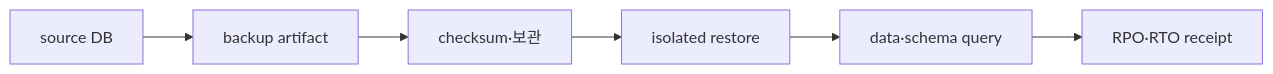
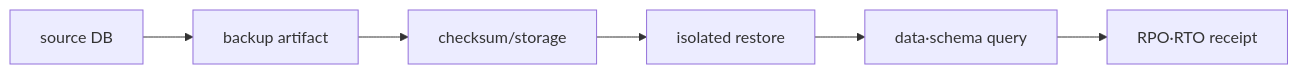
Before and after one commit to nohdol97/nohdol-study: the diagram in docs-site/content/postgresql/02-lock-backup-restore-lab.md, drawn with Mermaid. The commit also changed other lines of this file and 116 other files, not shown here.

````diff
--- a/docs-site/content/postgresql/02-lock-backup-restore-lab.md
+++ b/docs-site/content/postgresql/02-lock-backup-restore-lab.md
@@ -74,8 +74,8 @@
 ```mermaid
 flowchart LR
     S[source DB] --> B[backup artifact]
-    B --> V[checksum·보관]
+    B --> V[checksum/storage]
     V --> R[isolated restore]
     R --> Q[data·schema query]
     Q --> T[RPO·RTO receipt]
 ```
````
